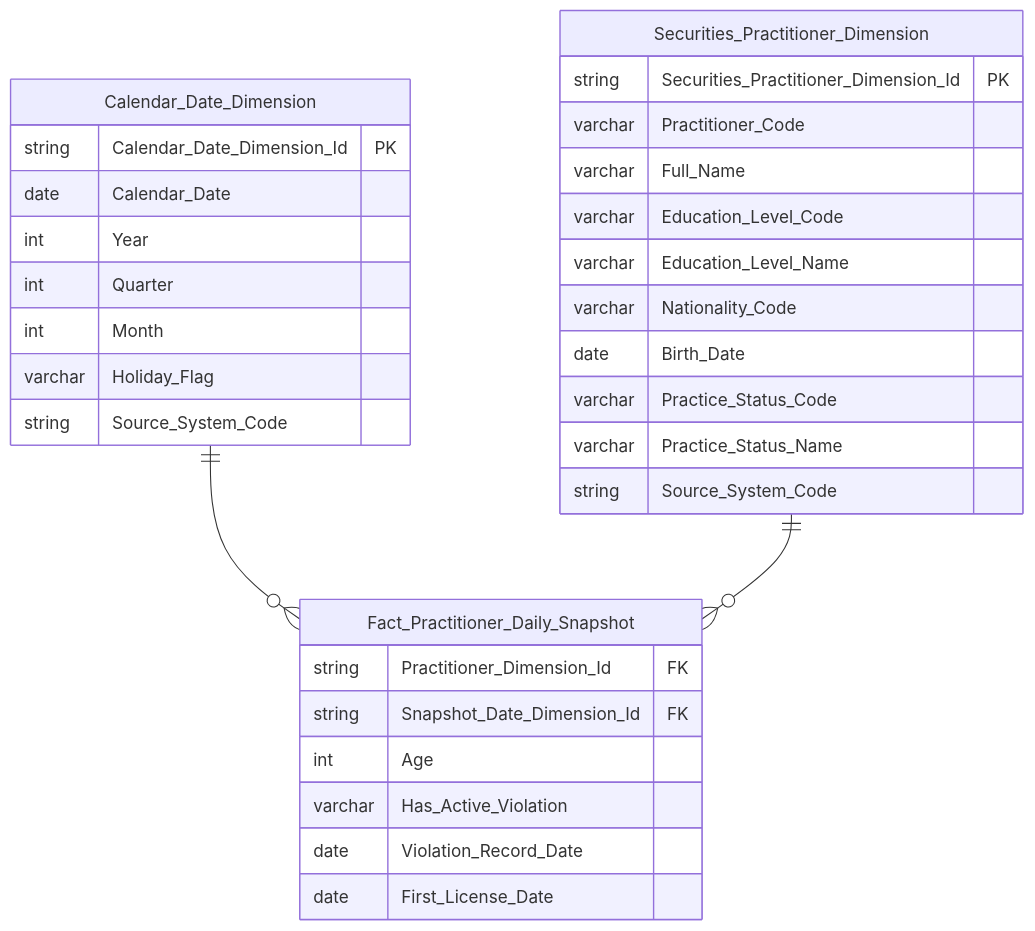
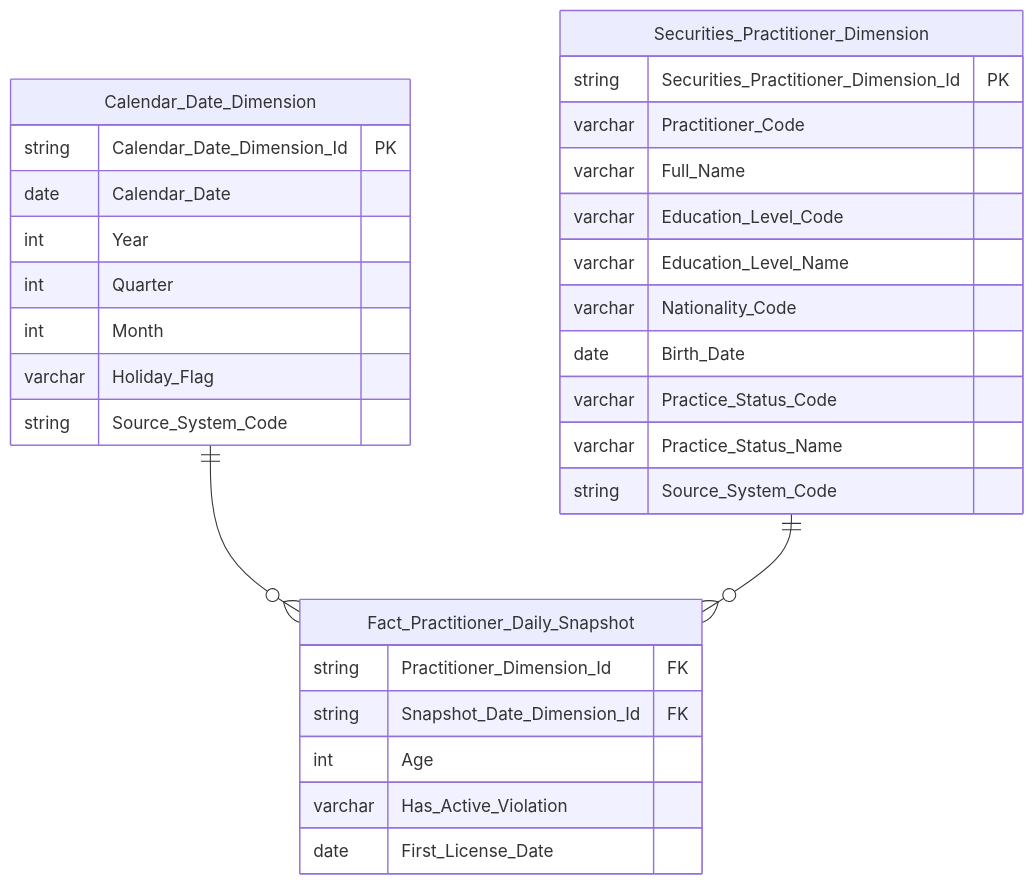
Diagram 14 of 40 in Datamart/hld/DTM_NHNCK_HLD.md (linhlvit/ubck_atomic_design), drawn with Mermaid before and after one commit. The commit also changed other lines of this file and 8 other files, not shown here.

Commit message:
feat(NHNCK): dong bo thiet ke NHNCK - bo violation_record_dt thua, cap nhat major_shareholder_ownership va row key PK

````diff
--- a/Datamart/hld/DTM_NHNCK_HLD.md
+++ b/Datamart/hld/DTM_NHNCK_HLD.md
@@ -561,37 +561,36 @@
 ```mermaid
 erDiagram
     Calendar_Date_Dimension ||--o{ Fact_Practitioner_Daily_Snapshot : " "
     Securities_Practitioner_Dimension ||--o{ Fact_Practitioner_Daily_Snapshot : " "
 
     Fact_Practitioner_Daily_Snapshot {
         string Practitioner_Dimension_Id FK
         string Snapshot_Date_Dimension_Id FK
         int Age
         varchar Has_Active_Violation
-        date Violation_Record_Date
         date First_License_Date
     }
 
     Calendar_Date_Dimension {
         string Calendar_Date_Dimension_Id PK
         date Calendar_Date
         int Year
         int Quarter
         int Month
         varchar Holiday_Flag
         string Source_System_Code
     }
 
     Securities_Practitioner_Dimension {
         string Securities_Practitioner_Dimension_Id PK
         varchar Practitioner_Code
         varchar Full_Name
         varchar Education_Level_Code
         varchar Education_Level_Name
         varchar Nationality_Code
         date Birth_Date
         varchar Practice_Status_Code
         varchar Practice_Status_Name
         string Source_System_Code
     }
 ```
````
